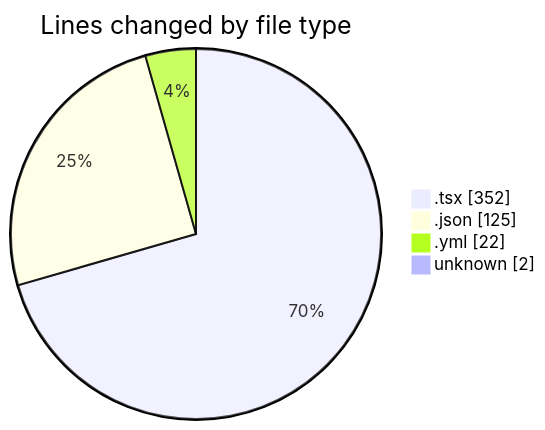
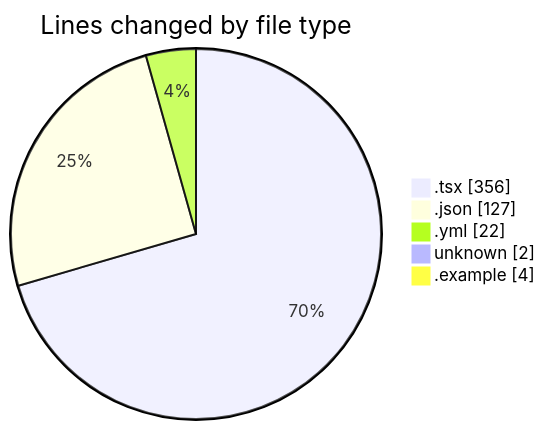
The first of 2 diagrams in 2025-11-21/eventscop-frontend-guide__workspace_/README.md (julien-gomy/code-tracking), drawn with Mermaid before and after one commit. The commit also changed other lines of this file and 1 other file, not shown here.

````diff
--- a/2025-11-21/eventscop-frontend-guide__workspace_/README.md
+++ b/2025-11-21/eventscop-frontend-guide__workspace_/README.md
@@ -29,8 +31,9 @@
 ```mermaid
 pie showData
 title Lines changed by file type
-".tsx" : 352
-".json" : 125
+".tsx" : 356
+".json" : 127
 ".yml" : 22
 "unknown" : 2
+".example" : 4
 ```
````
